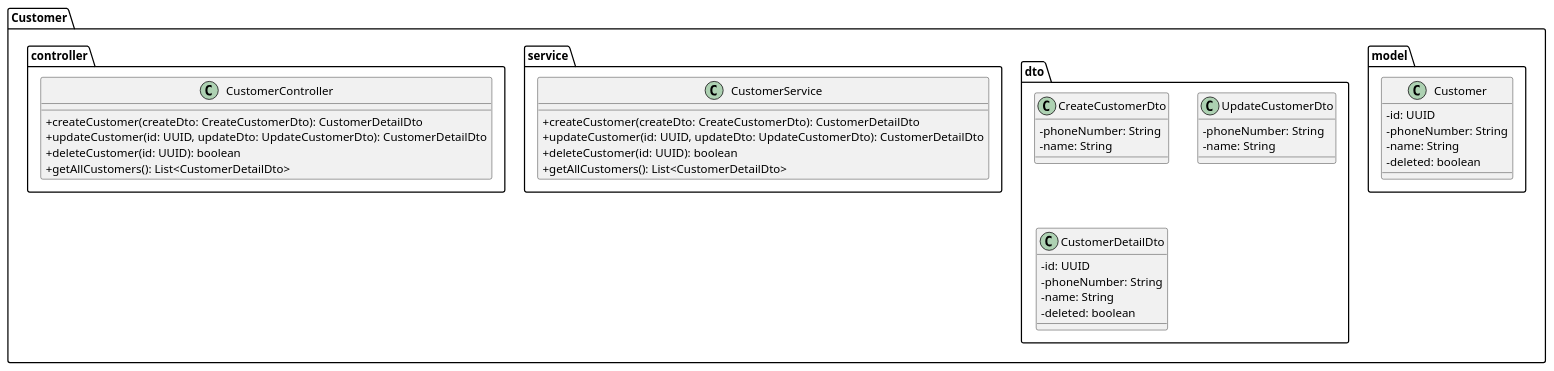
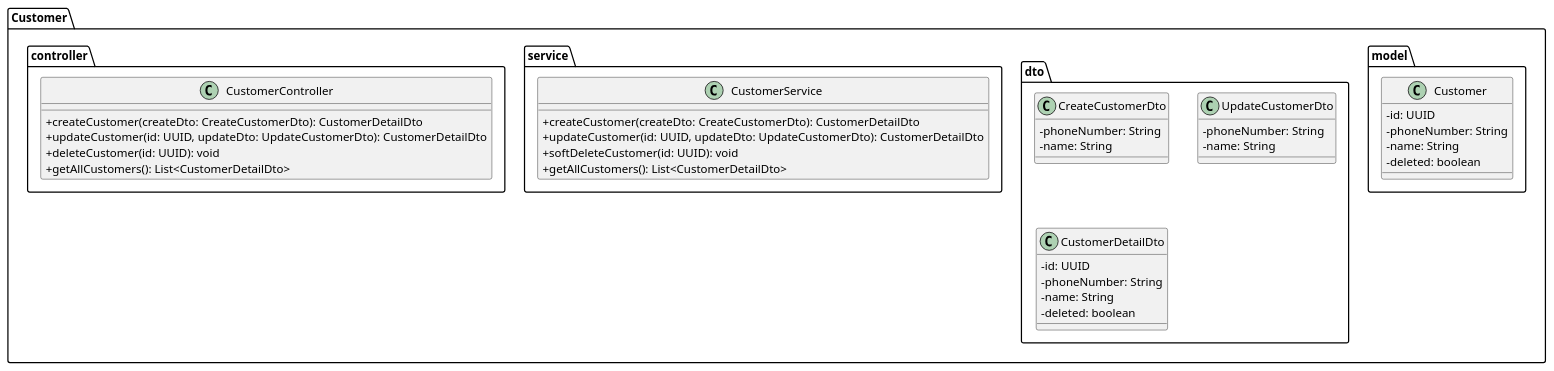
Before and after one commit to tondracek/inqool-tennis: the diagram in docs/diagram/class-customer.puml, drawn with PlantUML. The commit also changed 4 other files, not shown here.

Commit message:
feat(UML): update delete methods to use soft delete in service

```diff
--- a/docs/diagram/class-customer.puml
+++ b/docs/diagram/class-customer.puml
@@ -1,53 +1,53 @@
 @startuml
 
 skinparam classAttributeIconSize 0
 
 package "Customer" {
 	package "model" {
 	  class Customer {
       - id: UUID
       - phoneNumber: String
       - name: String
       - deleted: boolean
     }
 	}
 
 	package "dto" {
 		class CreateCustomerDto {
       - phoneNumber: String
       - name: String
     }
 
     class UpdateCustomerDto {
       - phoneNumber: String
       - name: String
     }
 
     class CustomerDetailDto {
       - id: UUID
       - phoneNumber: String
       - name: String
       - deleted: boolean
     }
 	}
 
 	package "service" {
 		class CustomerService {
 			+ createCustomer(createDto: CreateCustomerDto): CustomerDetailDto
 			+ updateCustomer(id: UUID, updateDto: UpdateCustomerDto): CustomerDetailDto
-			+ deleteCustomer(id: UUID): boolean
+			+ softDeleteCustomer(id: UUID): void
 			+ getAllCustomers(): List<CustomerDetailDto>
 		}
 	}
 
 	package "controller" {
 		class CustomerController {
 			+ createCustomer(createDto: CreateCustomerDto): CustomerDetailDto
 			+ updateCustomer(id: UUID, updateDto: UpdateCustomerDto): CustomerDetailDto
-			+ deleteCustomer(id: UUID): boolean
+			+ deleteCustomer(id: UUID): void
 			+ getAllCustomers(): List<CustomerDetailDto>
 		}
 	}
 }
 
 @enduml
```
